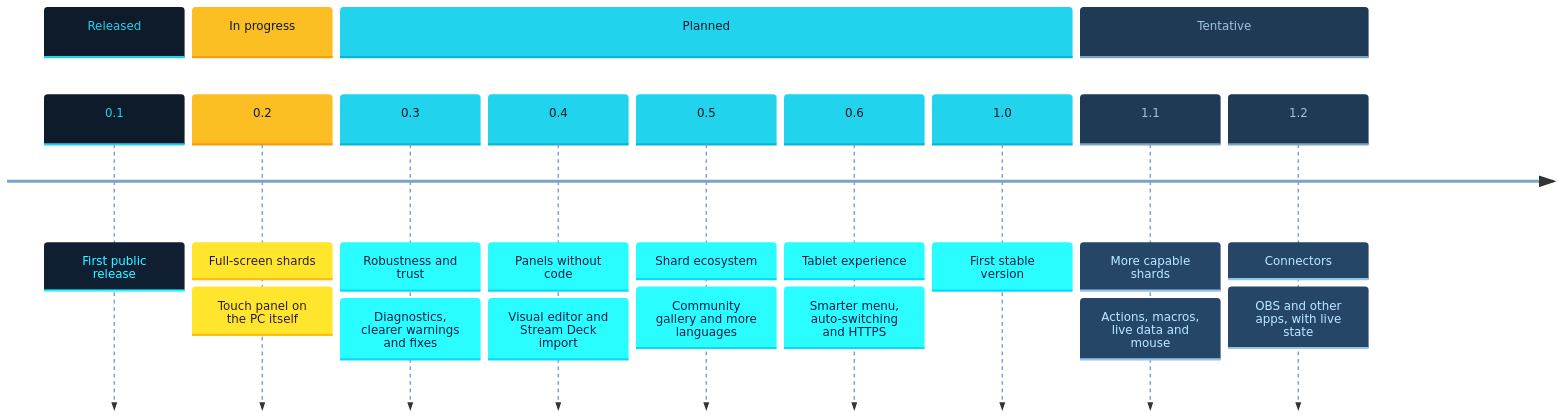
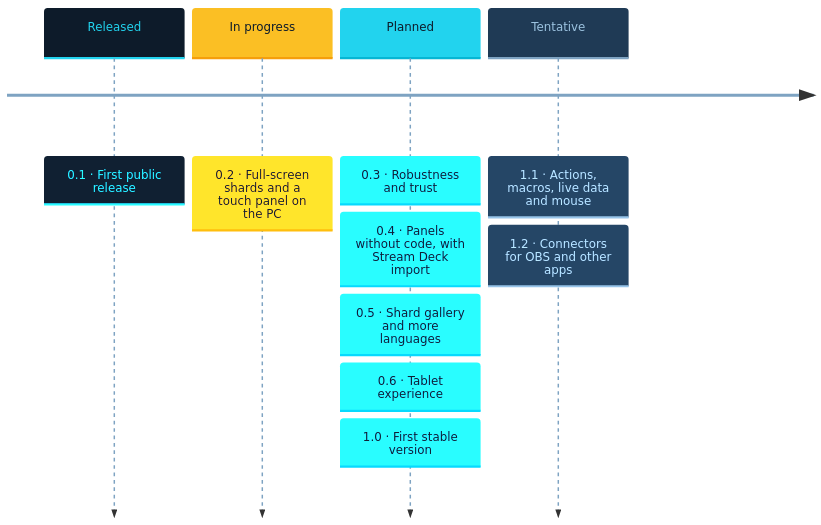
One commit to libreshard/libreshard changed the diagram in README.md. Above: the diagram before and after it, drawn with Mermaid. The commit also changed 1 other file, not shown here.

Commit message:
Group the README roadmap by status so its text stays readable
Nine columns made GitHub shrink the diagram until the text was hard to
read. Four columns (released, in progress, planned, tentative) with the
versions stacked under each one fit the page at full size.

````diff
--- a/README.md
+++ b/README.md
@@ -169,17 +169,13 @@
 ```mermaid
 %%{init: {"theme": "base", "themeVariables": {"cScale0": "#0d1b2a", "cScaleLabel0": "#22d3ee", "cScaleInv0": "#22d3ee", "cScale1": "#fbbf24", "cScaleLabel1": "#0d1b2a", "cScaleInv1": "#f59e0b", "cScale2": "#22d3ee", "cScaleLabel2": "#0d1b2a", "cScaleInv2": "#06b6d4", "cScale3": "#1f3a55", "cScaleLabel3": "#9cc3e0", "cScaleInv3": "#7ea3c2", "cScaleLabel11": "#7ea3c2"}, "themeCSS": ".eventWrapper { filter: none; }"}}%%
 timeline
-    section Released
-        0.1 : First public release
-    section In progress
-        0.2 : Full-screen shards : Touch panel on the PC itself
-    section Planned
-        0.3 : Robustness and trust : Diagnostics, clearer warnings and fixes
-        0.4 : Panels without code : Visual editor and Stream Deck import
-        0.5 : Shard ecosystem : Community gallery and more languages
-        0.6 : Tablet experience : Smarter menu, auto-switching and HTTPS
-        1.0 : First stable version
-    section Tentative
-        1.1 : More capable shards : Actions, macros, live data and mouse
-        1.2 : Connectors : OBS and other apps, with live state
+    Released : 0.1 · First public release
+    In progress : 0.2 · Full-screen shards and a touch panel on the PC
+    Planned : 0.3 · Robustness and trust
+            : 0.4 · Panels without code, with Stream Deck import
+            : 0.5 · Shard gallery and more languages
+            : 0.6 · Tablet experience
+            : 1.0 · First stable version
+    Tentative : 1.1 · Actions, macros, live data and mouse
+              : 1.2 · Connectors for OBS and other apps
 ```
````
